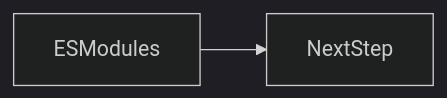
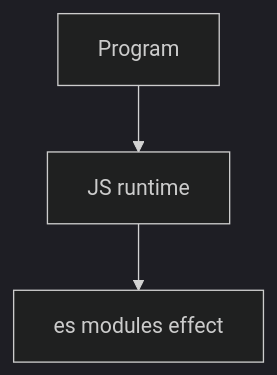
Before and after one commit to OmidJavaherii/Frontend-Engineering-Handbook: the second of 2 diagrams in docs/en/06-javascript/es-modules/index.md, drawn with Mermaid (dark theme). The commit also changed other lines of this file and 461 other files, not shown here.

````diff
--- a/docs/en/06-javascript/es-modules/index.md
+++ b/docs/en/06-javascript/es-modules/index.md
@@ -95,4 +109,5 @@
 ```mermaid
-flowchart LR
-  concept[ESModules] --> nextStep[NextStep]
+flowchart TD
+  Code[Program] --> Runtime[JS runtime]
+  Runtime --> Effect[es modules effect]
 ```
````
